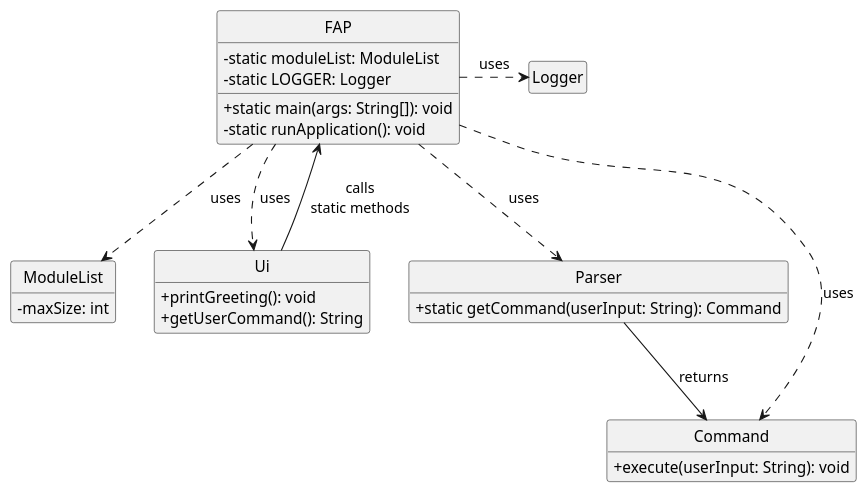
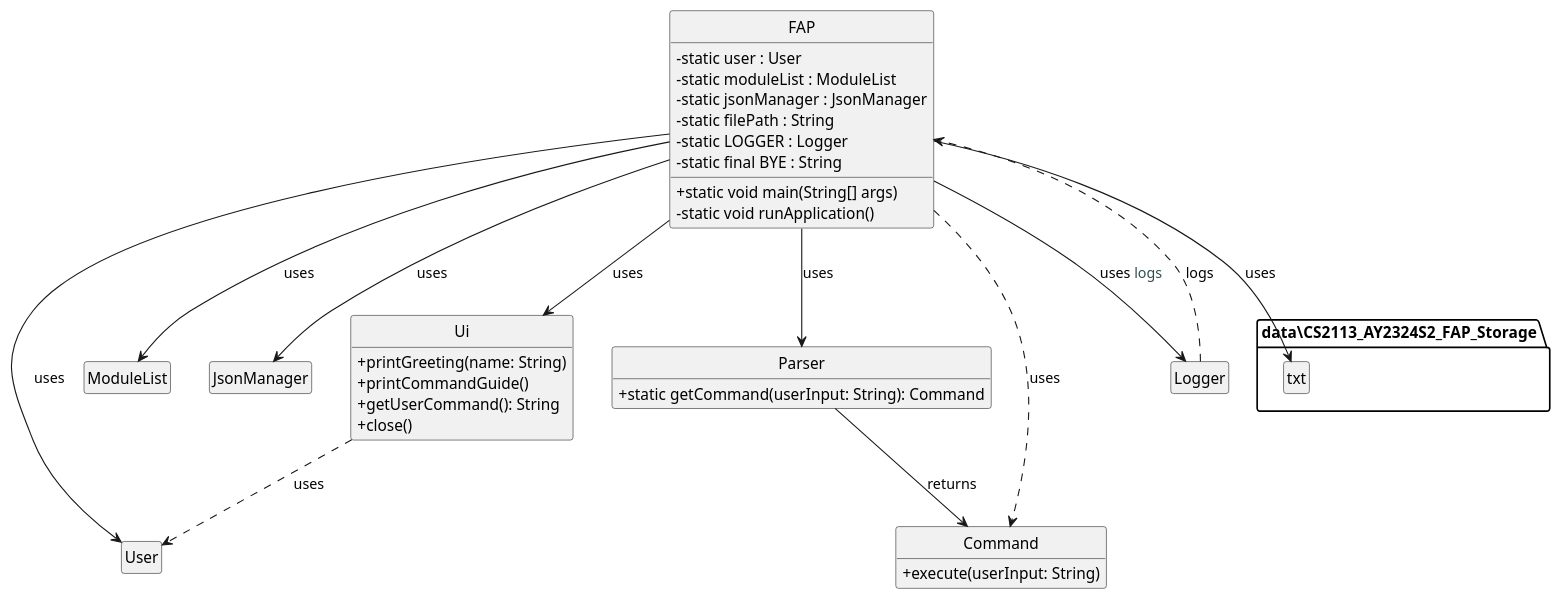
The diagram in docs/diagrams/FAP.puml (fungg0/tp), drawn with PlantUML before and after one commit. The commit also changed 2 other files, not shown here.

Commit message:
Update FAP.puml and FAP.png

```diff
--- a/docs/diagrams/FAP.puml
+++ b/docs/diagrams/FAP.puml
@@ -1,40 +1,55 @@
 @startuml
 skinparam classAttributeIconSize 0
 hide empty members
 hide circle
-hide empty methods
-hide empty fields
 
+' Definition of classes
 class FAP {
-    - static moduleList: ModuleList
-    - static LOGGER: Logger
-    + static main(args: String[]): void
-    - static runApplication(): void
+    - static user : User
+    - static moduleList : ModuleList
+    - static jsonManager : JsonManager
+    - static filePath : String
+    - static LOGGER : Logger
+    - static final BYE : String
+    + static void main(String[] args)
+    - static void runApplication()
+}
+
+class User {
 }
 
 class ModuleList {
-    - maxSize: int
+}
+
+class JsonManager {
 }
 
 class Ui {
-    + printGreeting(): void
+    + printGreeting(name: String)
+    + printCommandGuide()
     + getUserCommand(): String
+    + close()
 }
 
 class Parser {
     + static getCommand(userInput: String): Command
 }
 
 class Command {
-    + execute(userInput: String): void
+    + execute(userInput: String)
 }
 
-FAP .down.> ModuleList : uses
-FAP .right.> Logger : uses
-FAP .down.> Ui : uses
-Ui --> FAP : calls\nstatic methods
-FAP .down.> Parser : uses
+' Relationships
+FAP --> User : uses
+FAP --> ModuleList : uses
+FAP --> JsonManager : uses
+FAP --> "data\CS2113_AY2324S2_FAP_Storage.txt" : uses
+FAP --> Logger : uses <color:DarkSlateGray>logs</color>
+FAP --> Ui : uses
+FAP --> Parser : uses
+FAP ..> Command : uses
+Ui ..> User : uses
 Parser --> Command : returns
-FAP ..> Command : uses
+Logger ..> FAP : logs
 
 @enduml
```
